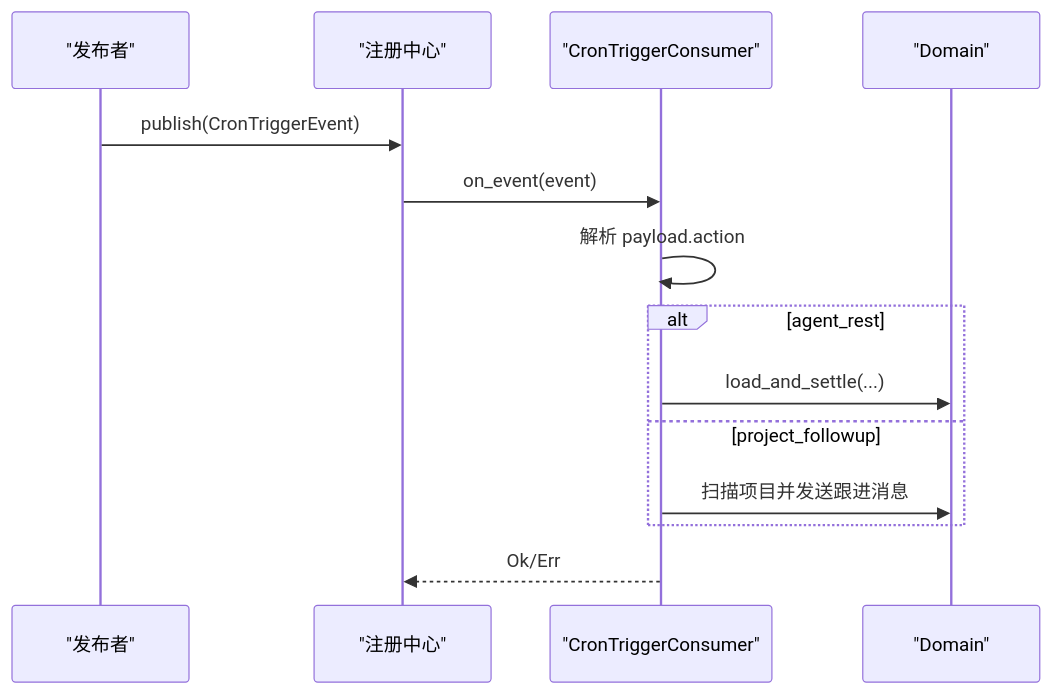
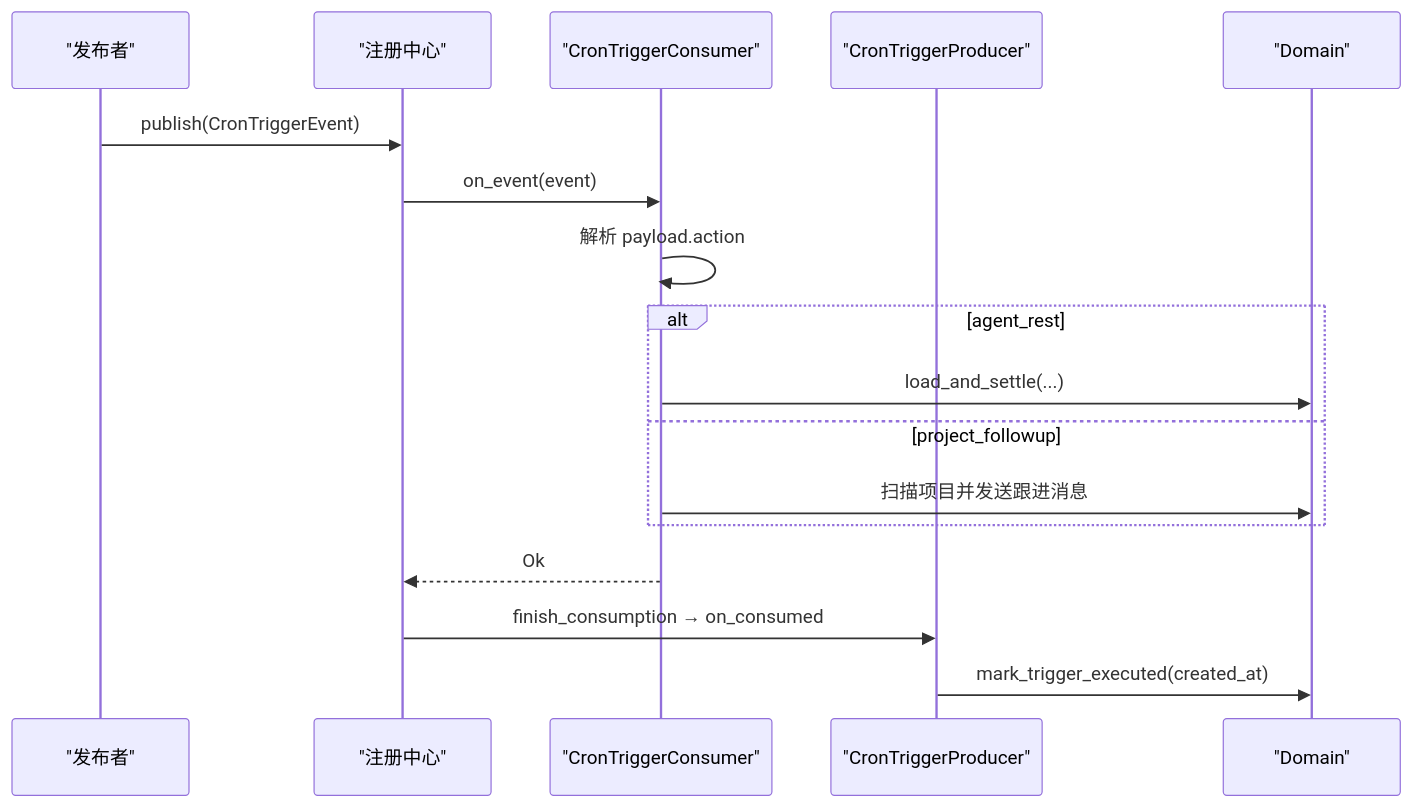
The seventh of 8 diagrams in docs/wiki/zh/content/核心模块/AOP 事件系统/事件队列系统/事件调度器.md (runningcoders/ai_orz), drawn with Mermaid before and after one commit. The commit also changed other lines of this file and 37 other files, not shown here.

````diff
--- a/docs/wiki/zh/content/核心模块/AOP 事件系统/事件队列系统/事件调度器.md
+++ b/docs/wiki/zh/content/核心模块/AOP 事件系统/事件队列系统/事件调度器.md
@@ -263,16 +273,19 @@
 ```mermaid
 sequenceDiagram
 participant Pub as "发布者"
 participant Reg as "注册中心"
 participant Cons as "CronTriggerConsumer"
+participant Prod as "CronTriggerProducer"
 participant Dom as "Domain"
 Pub->>Reg : publish(CronTriggerEvent)
 Reg->>Cons : on_event(event)
 Cons->>Cons : 解析 payload.action
 alt agent_rest
 Cons->>Dom : load_and_settle(...)
 else project_followup
 Cons->>Dom : 扫描项目并发送跟进消息
 end
-Cons-->>Reg : Ok/Err
+Cons-->>Reg : Ok
+Reg->>Prod : finish_consumption → on_consumed
+Prod->>Dom : mark_trigger_executed(created_at)
 ```
````
